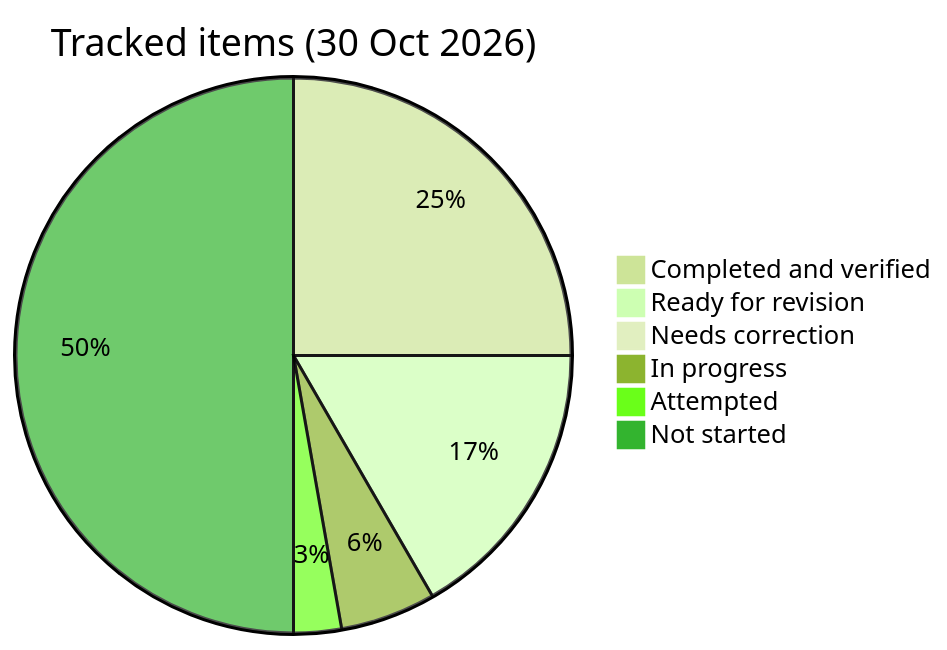
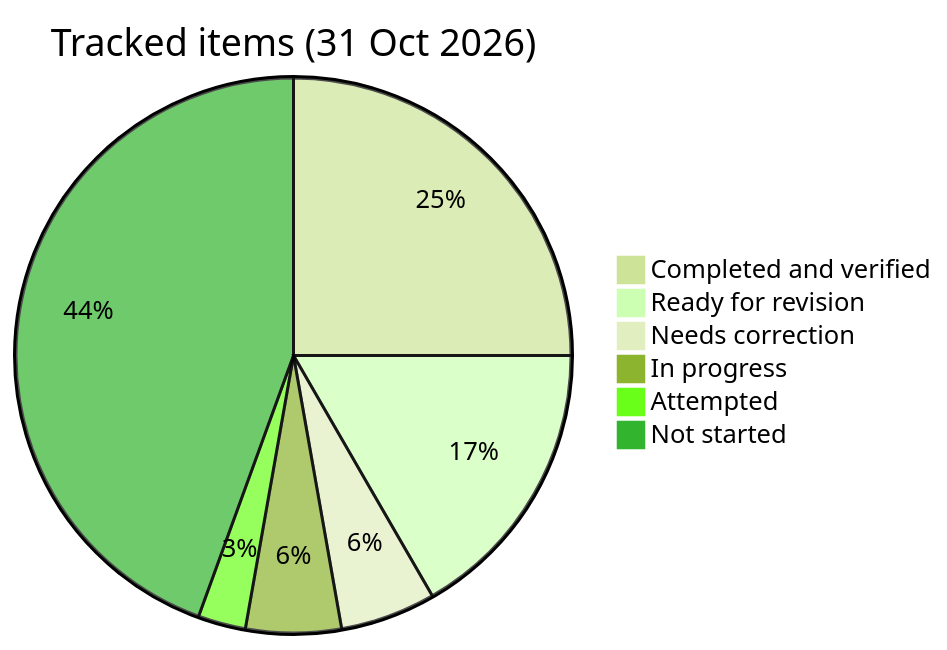
One commit to PrashantSury/java-switch-journey changed the diagram in PROGRESS.md. Above: the diagram before and after it, drawn with Mermaid (forest theme). The commit also changed other lines of this file and 1 other file, not shown here.

Commit message:
Day 08: 11:40 PM review of AsteroidCollision (28/28) and SQL lesson 02 (5/5), both Needs correction (one-line fixes)

````diff
--- a/PROGRESS.md
+++ b/PROGRESS.md
@@ -142,9 +142,9 @@
 ```mermaid
-pie title Tracked items (30 Oct 2026)
+pie title Tracked items (31 Oct 2026)
   "Completed and verified" : 9
   "Ready for revision" : 6
-  "Needs correction" : 0
+  "Needs correction" : 2
   "In progress" : 2
   "Attempted" : 1
-  "Not started" : 18
+  "Not started" : 16
 ```
````
